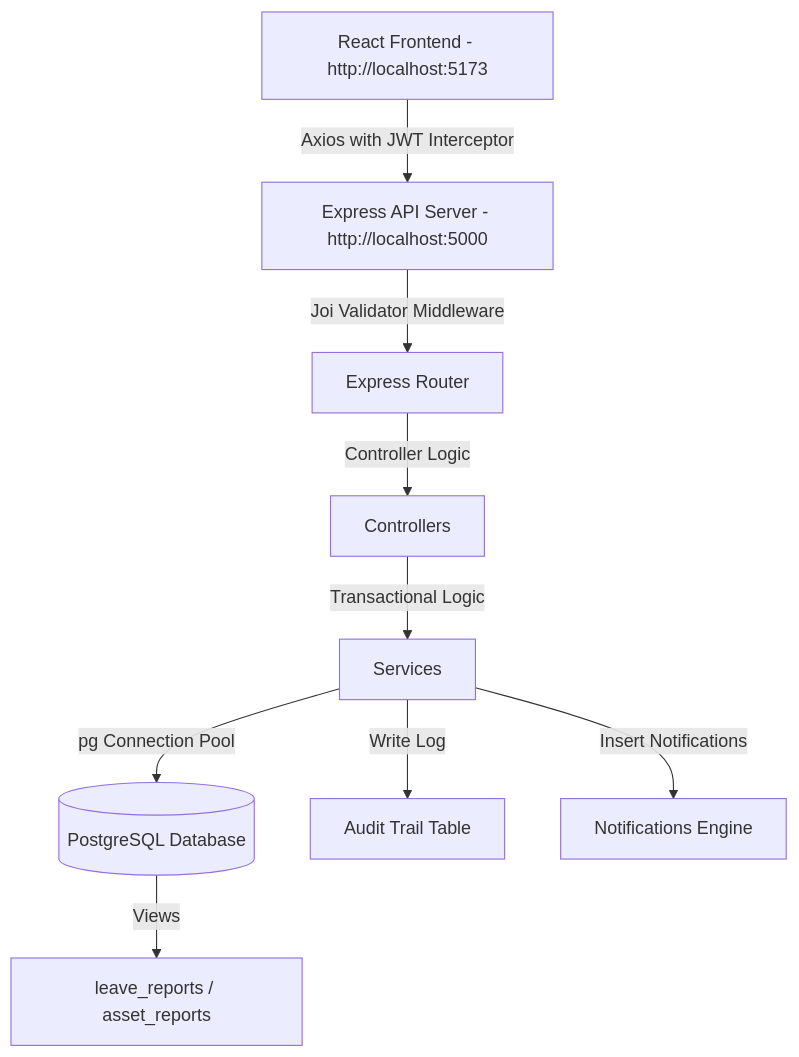
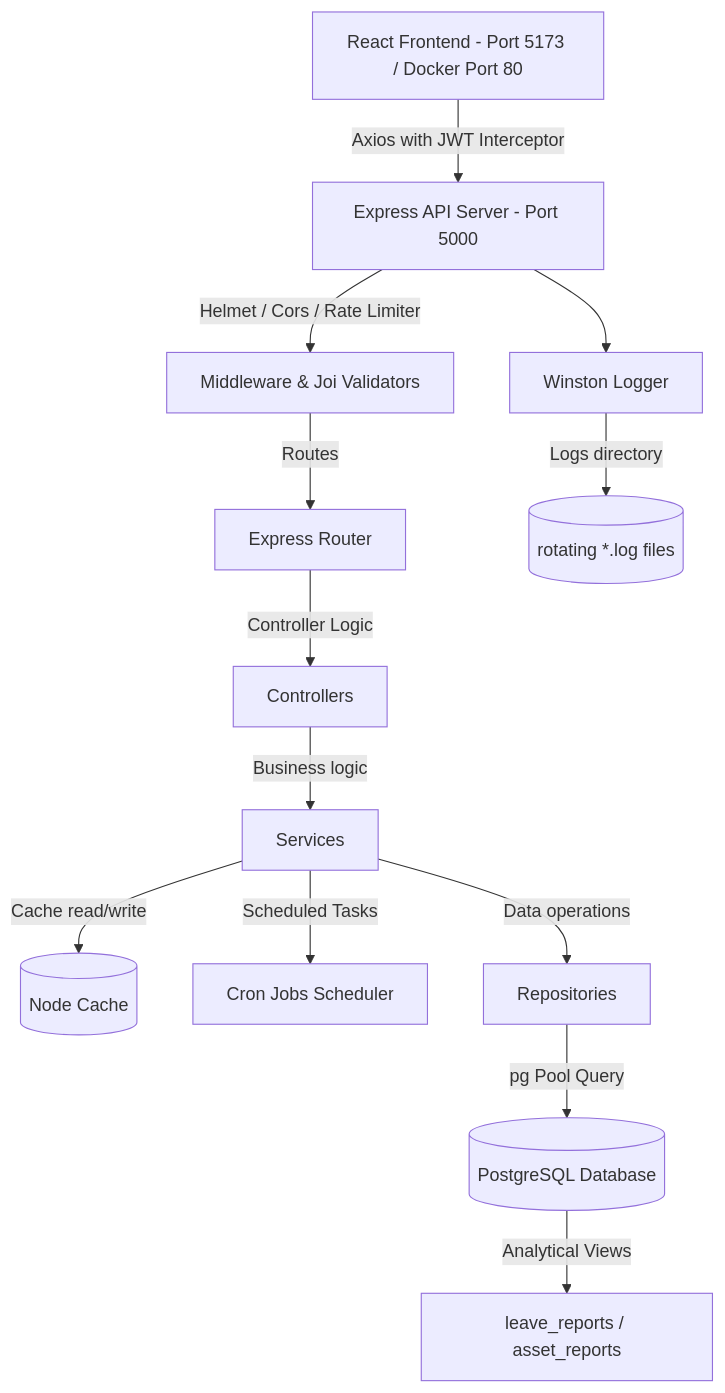
Before and after one commit to faizan-ali889/project-i-soft-zone-: the diagram in README.md, drawn with Mermaid. The commit also changed other lines of this file and 93 other files, not shown here.

````diff
--- a/README.md
+++ b/README.md
@@ -84,11 +96,15 @@
 ```mermaid
 graph TD
-    Client[React Frontend - http://localhost:5173] -->|Axios with JWT Interceptor| API[Express API Server - http://localhost:5000]
-    API -->|Joi Validator Middleware| Router[Express Router]
+    Client[React Frontend - Port 5173 / Docker Port 80] -->|Axios with JWT Interceptor| API[Express API Server - Port 5000]
+    API -->|Helmet / Cors / Rate Limiter| Middleware[Middleware & Joi Validators]
+    Middleware -->|Routes| Router[Express Router]
     Router -->|Controller Logic| Controller[Controllers]
-    Controller -->|Transactional Logic| Service[Services]
-    Service -->|pg Connection Pool| DB[(PostgreSQL Database)]
-    DB -->|Views| View[leave_reports / asset_reports]
-    Service -->|Write Log| Audit[Audit Trail Table]
-    Service -->|Insert Notifications| Notify[Notifications Engine]
+    Controller -->|Business logic| Service[Services]
+    Service -->|Cache read/write| Cache[(Node Cache)]
+    Service -->|Scheduled Tasks| Cron[Cron Jobs Scheduler]
+    Service -->|Data operations| Repo[Repositories]
+    Repo -->|pg Pool Query| DB[(PostgreSQL Database)]
+    DB -->|Analytical Views| View[leave_reports / asset_reports]
+    logger[Winston Logger] -->|Logs directory| LogFile[(rotating *.log files)]
+    API --> logger
 ```
````
